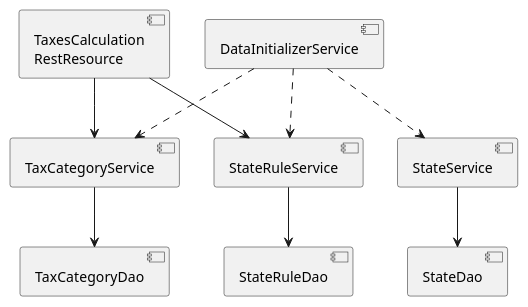
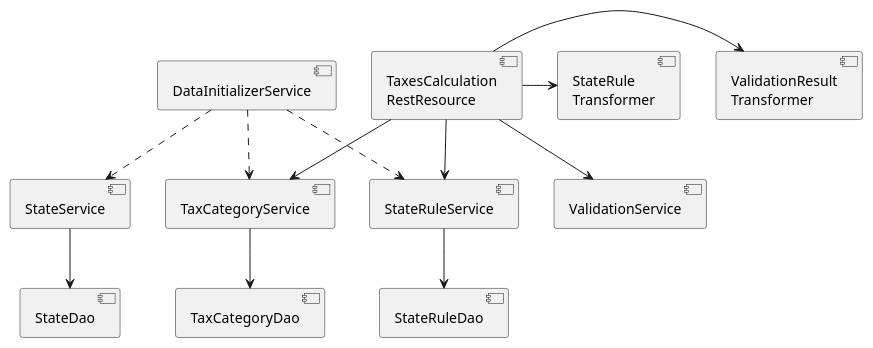
Before and after one commit to shotinyuriy/microservices-course: the diagram in docs/taxes-calculation/components.plantuml, drawn with PlantUML. The commit also changed 9 other files, not shown here.

```diff
--- a/docs/taxes-calculation/components.plantuml
+++ b/docs/taxes-calculation/components.plantuml
@@ -1,26 +1,32 @@
 @startuml
 
 component "TaxesCalculation\nRestResource" as TCRR
 component "TaxCategoryService" as TCS
 component "StateService" as SS
 component "StateRuleService" as SRS
 component "TaxCategoryDao" as TCD
 component "StateDao" as SD
 component "StateRuleDao" as SRD
+component "ValidationService" as VS
+component "ValidationResult\nTransformer" as VRT
+component "StateRule\nTransformer" as SRT
 
 component "DataInitializerService" as DIS
 
 TCRR -d-> TCS
 TCRR -d-> SRS
+TCRR -d-> VS
+TCRR -r-> VRT
+TCRR -r-> SRT
 
 TCS -d-> TCD
 SRS -d-> SRD
 
 SS -d-> SD
 
 DIS ..> TCS
 DIS ..> SRS
 DIS ..> SS
 
 
 @enduml
```
